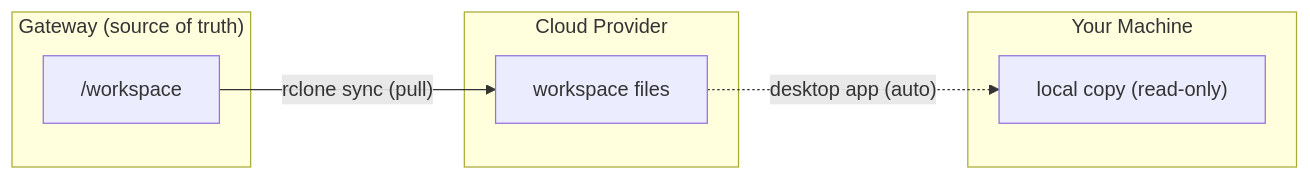
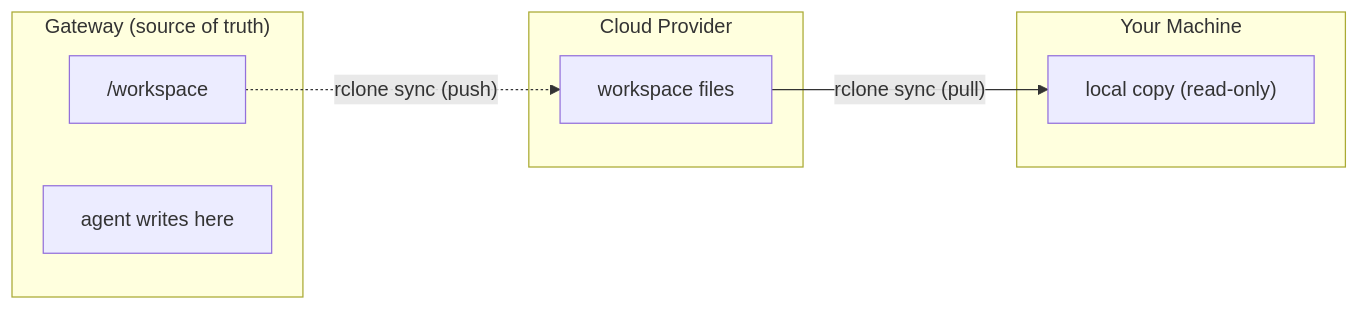
The second of 3 diagrams in README.src.md (ashbrener/openclaw-workspace-sync), drawn with Mermaid before and after one commit. The commit also changed 1 other file, not shown here.

Commit message:
fix: restore mirror diagram — show Gateway with agent-writes-here label, proper push/pull arrows
Made-with: Cursor

````diff
--- a/README.src.md
+++ b/README.src.md
@@ -89,14 +89,15 @@
 ```mermaid
 flowchart LR
-    subgraph GW["Gateway (source of truth)"]
-        WS["/workspace"]
-    end
     subgraph CLOUD["Cloud Provider"]
         CF["workspace files"]
     end
     subgraph LOCAL["Your Machine"]
         LM["local copy (read-only)"]
     end
-    WS -- "rclone sync (pull)" --> CF
-    CF -. "desktop app (auto)" .-> LM
+    subgraph GW["Gateway (source of truth)"]
+        WS["/workspace"]
+        NOTE["agent writes here"]
+    end
+    CF -- "rclone sync (pull)" --> LM
+    WS -. "rclone sync (push)" .-> CF
 ```
````
